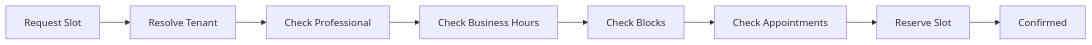
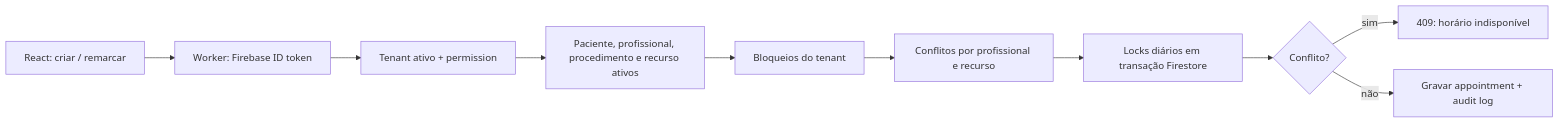
One commit to CristianoRFB/Dentista changed the diagram in docs/versions/v01-multitenant-whitelabel/diagrams/source/08-appointment-flow.mmd. Above: the diagram before and after it, drawn with Mermaid. The commit also changed 132 other files, not shown here.

```diff
--- a/docs/versions/v01-multitenant-whitelabel/diagrams/source/08-appointment-flow.mmd
+++ b/docs/versions/v01-multitenant-whitelabel/diagrams/source/08-appointment-flow.mmd
@@ -1,9 +1,11 @@
 %% Fluxo de agendamento
 flowchart LR
-  N1["Request Slot"] --> N2["Resolve Tenant"]
-  N2["Resolve Tenant"] --> N3["Check Professional"]
-  N3["Check Professional"] --> N4["Check Business Hours"]
-  N4["Check Business Hours"] --> N5["Check Blocks"]
-  N5["Check Blocks"] --> N6["Check Appointments"]
-  N6["Check Appointments"] --> N7["Reserve Slot"]
-  N7["Reserve Slot"] --> N8["Confirmed"]
+  UI["React: criar / remarcar"] --> W["Worker: Firebase ID token"]
+  W --> A["Tenant ativo + permission"]
+  A --> R["Paciente, profissional, procedimento e recurso ativos"]
+  R --> B["Bloqueios do tenant"]
+  B --> C["Conflitos por profissional e recurso"]
+  C --> L["Locks diários em transação Firestore"]
+  L --> D{Conflito?}
+  D -- sim --> X["409: horário indisponível"]
+  D -- não --> S["Gravar appointment + audit log"]
```
